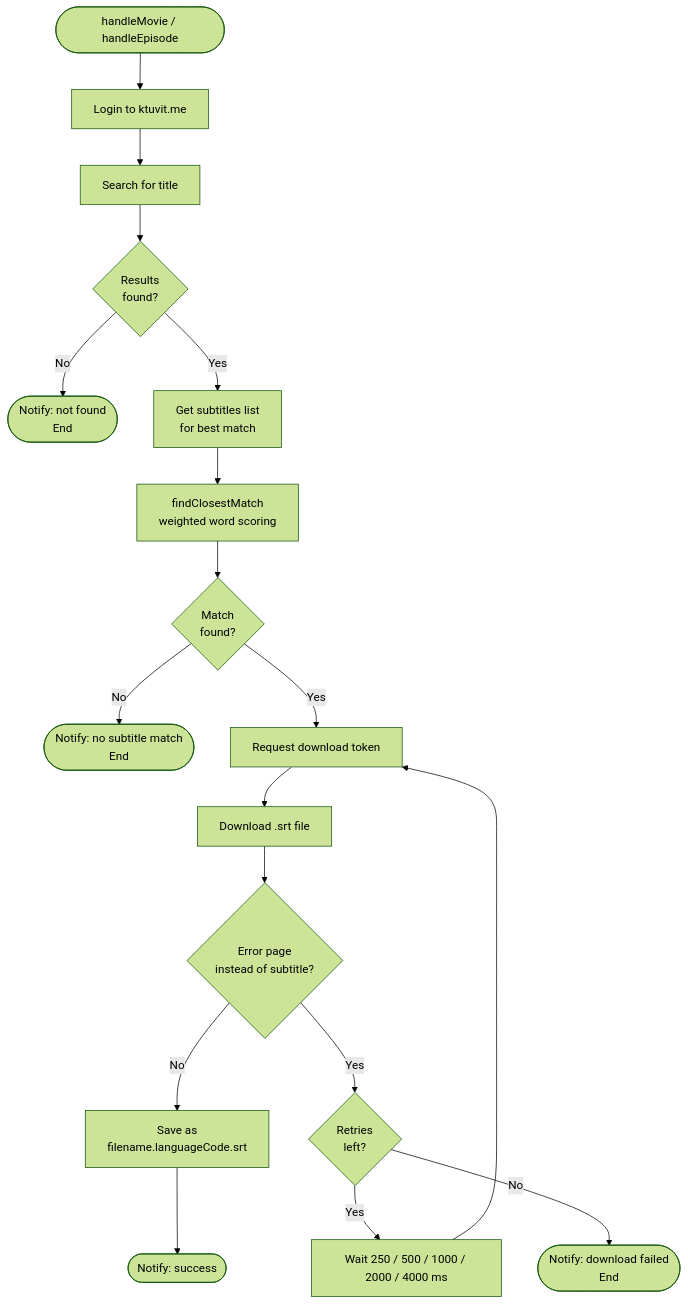
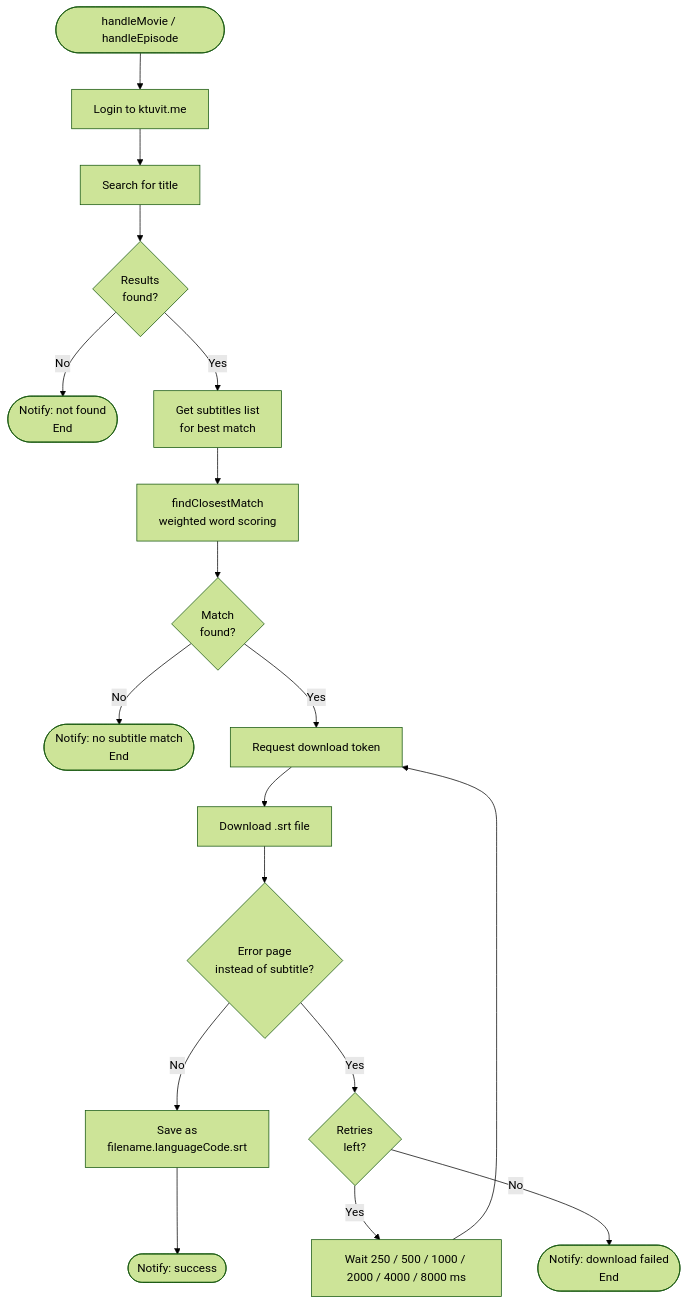
The third of 8 diagrams in docs/flow-charts.md (yoavain/screwzira-subtitle-downloader), drawn with Mermaid (forest theme) before and after one commit. The commit also changed 3 other files, not shown here.

````diff
--- a/docs/flow-charts.md
+++ b/docs/flow-charts.md
@@ -65,20 +65,20 @@
 ```mermaid
 flowchart TD
     A([handleMovie / handleEpisode]) --> B[Login to ktuvit.me]
     B --> C[Search for title]
     C --> D{Results<br/>found?}
     D -- No --> D1([Notify: not found<br/>End])
     D -- Yes --> E[Get subtitles list<br/>for best match]
     E --> F[findClosestMatch<br/>weighted word scoring]
     F --> G{Match<br/>found?}
     G -- No --> G1([Notify: no subtitle match<br/>End])
     G -- Yes --> H[Request download token]
     H --> I[Download .srt file]
     I --> I1{Error page<br/>instead of subtitle?}
     I1 -- No --> J[Save as<br/>filename.languageCode.srt]
     I1 -- Yes --> I2{Retries<br/>left?}
-    I2 -- Yes --> I3[Wait 250 / 500 / 1000 / 2000 / 4000 ms]
+    I2 -- Yes --> I3[Wait 250 / 500 / 1000 / 2000 / 4000 / 8000 ms]
     I3 --> H
     I2 -- No --> I4([Notify: download failed<br/>End])
     J --> K([Notify: success])
 ```
````
